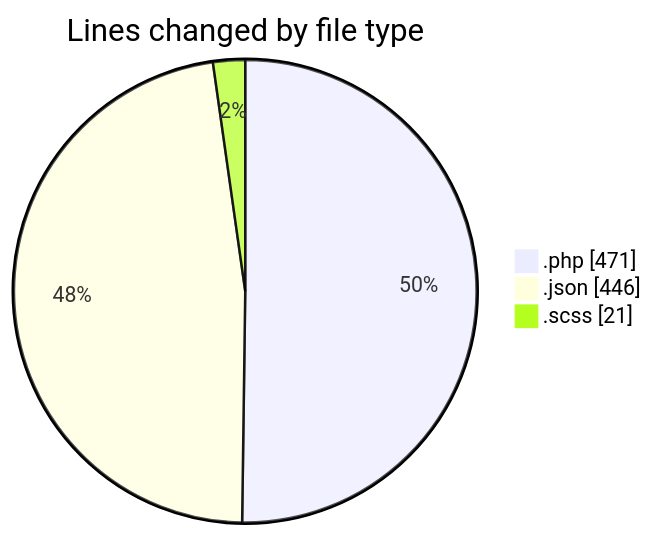
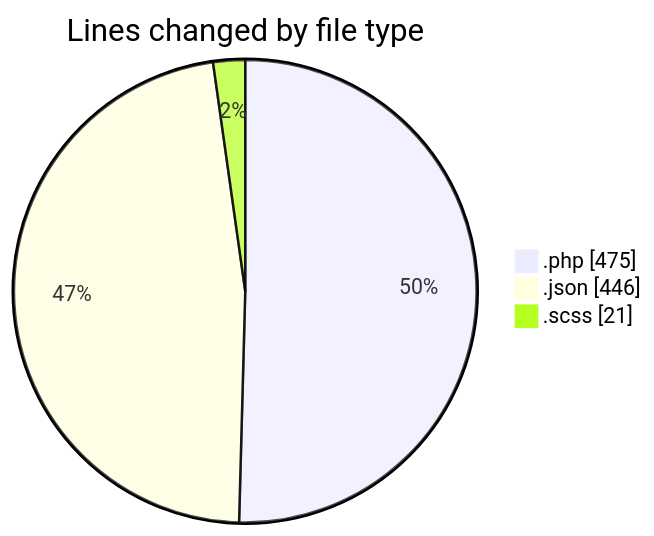
One commit to idhammustaqopulfikri/code-tracking changed the first of 2 diagrams in 2025-03-27/autodidak/README.md. Above: the diagram before and after it, drawn with Mermaid. The commit also changed other lines of this file and 1 other file, not shown here.

````diff
--- a/2025-03-27/autodidak/README.md
+++ b/2025-03-27/autodidak/README.md
@@ -28,7 +28,7 @@
 ```mermaid
 pie showData
 title Lines changed by file type
-".php" : 471
+".php" : 475
 ".json" : 446
 ".scss" : 21
 ```
````
